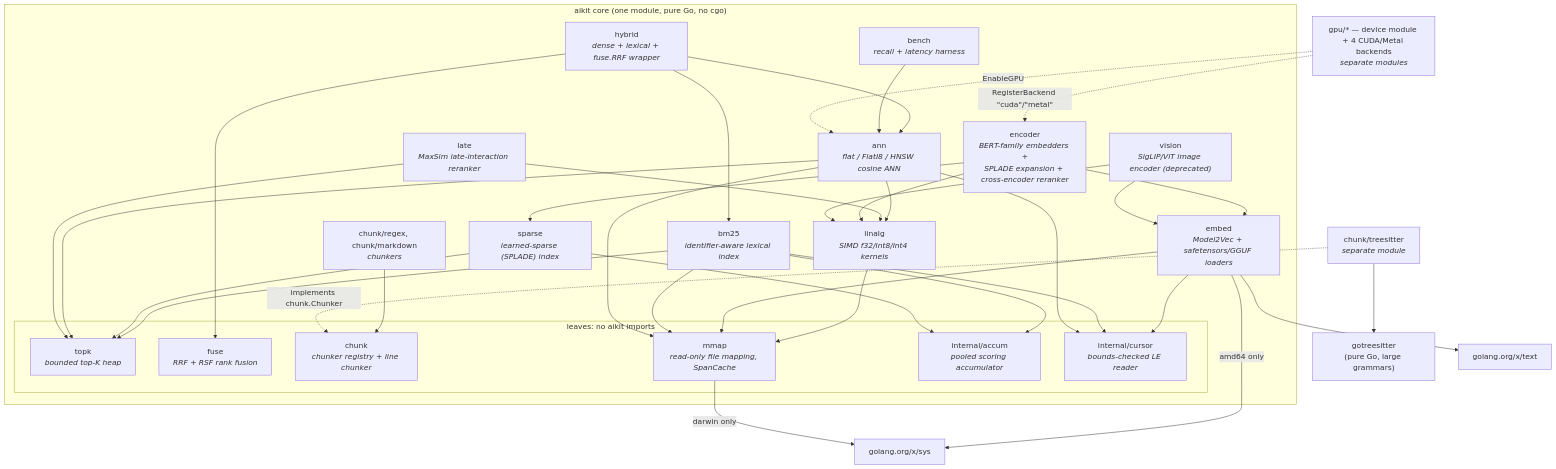
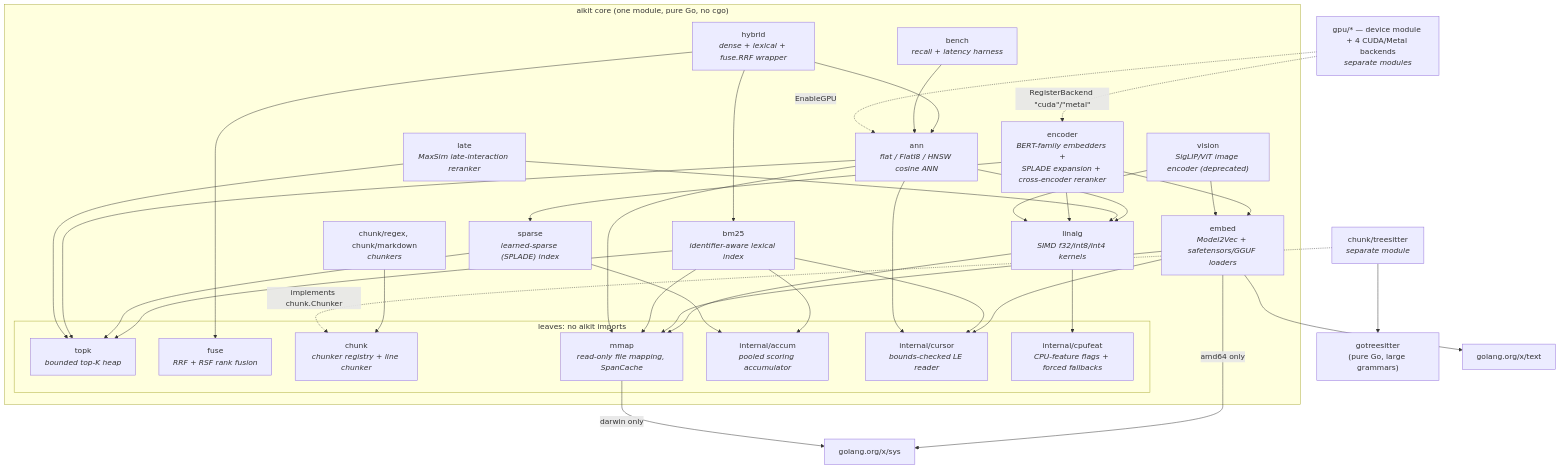
Before and after one commit to townsendmerino/aikit: the first of 3 diagrams in docs/architecture.md, drawn with Mermaid. The commit also changed other lines of this file and 122 other files, not shown here.

````diff
--- a/docs/architecture.md
+++ b/docs/architecture.md
@@ -65,58 +67,60 @@
 ```mermaid
 graph TD
     subgraph core ["aikit core (one module, pure Go, no cgo)"]
         subgraph leaves ["leaves: no aikit imports"]
             topk["topk<br/><i>bounded top-K heap</i>"]
             fuse["fuse<br/><i>RRF + RSF rank fusion</i>"]
             chunk["chunk<br/><i>chunker registry + line chunker</i>"]
             mmap["mmap<br/><i>read-only file mapping, SpanCache</i>"]
             accum["internal/accum<br/><i>pooled scoring accumulator</i>"]
             cursor["internal/cursor<br/><i>bounds-checked LE reader</i>"]
+            cpufeat["internal/cpufeat<br/><i>CPU-feature flags + forced fallbacks</i>"]
         end
         chunkers["chunk/regex, chunk/markdown<br/><i>chunkers</i>"]
         linalg["linalg<br/><i>SIMD f32/int8/int4 kernels</i>"]
         embed["embed<br/><i>Model2Vec + safetensors/GGUF loaders</i>"]
         bm25["bm25<br/><i>identifier-aware lexical index</i>"]
         sparse["sparse<br/><i>learned-sparse (SPLADE) index</i>"]
         ann["ann<br/><i>flat / FlatI8 / HNSW cosine ANN</i>"]
         late["late<br/><i>MaxSim late-interaction reranker</i>"]
         encoder["encoder<br/><i>BERT-family embedders +<br/>SPLADE expansion + cross-encoder reranker</i>"]
         vision["vision<br/><i>SigLIP/ViT image encoder (deprecated)</i>"]
         hybrid["hybrid<br/><i>dense + lexical + fuse.RRF wrapper</i>"]
         bench["bench<br/><i>recall + latency harness</i>"]
 
         chunkers --> chunk
         linalg --> mmap
+        linalg --> cpufeat
         embed --> mmap
         embed --> cursor
         bm25 --> topk
         bm25 --> mmap
         bm25 --> accum
         bm25 --> cursor
         sparse --> topk
         sparse --> accum
         ann --> linalg
         ann --> topk
         ann --> mmap
         ann --> cursor
         late --> linalg
         late --> topk
         encoder --> embed
         encoder --> linalg
         encoder --> sparse
         vision --> embed
         vision --> linalg
         hybrid --> ann
         hybrid --> bm25
         hybrid --> fuse
         bench --> ann
     end
     ts["chunk/treesitter<br/><i>separate module</i>"] -.->|implements chunk.Chunker| chunk
     gpu["gpu/* — device module + 4 CUDA/Metal backends<br/><i>separate modules</i>"]
     gpu -.->|EnableGPU| ann
     gpu -.->|RegisterBackend #quot;cuda#quot;/#quot;metal#quot;| encoder
     ts --> gts["gotreesitter<br/>(pure Go, large grammars)"]
     embed --> xtext["golang.org/x/text"]
     embed -->|amd64 only| xsys["golang.org/x/sys"]
     mmap -->|darwin only| xsys
 ```
````
